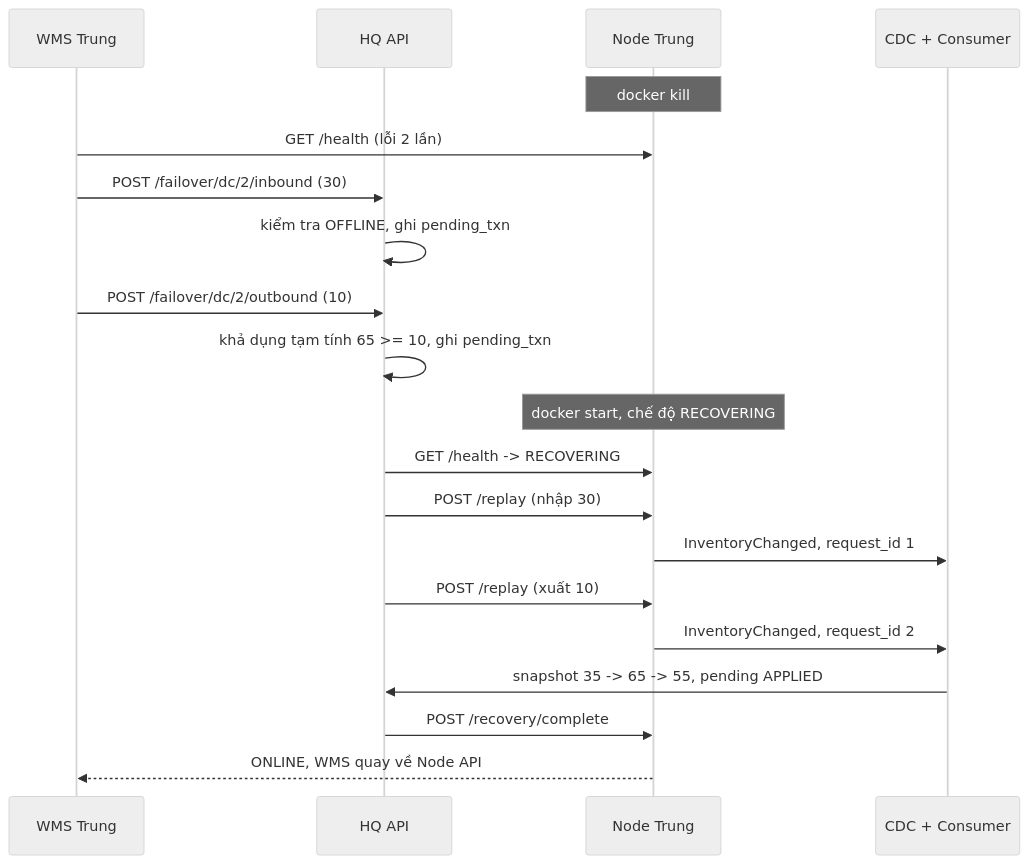
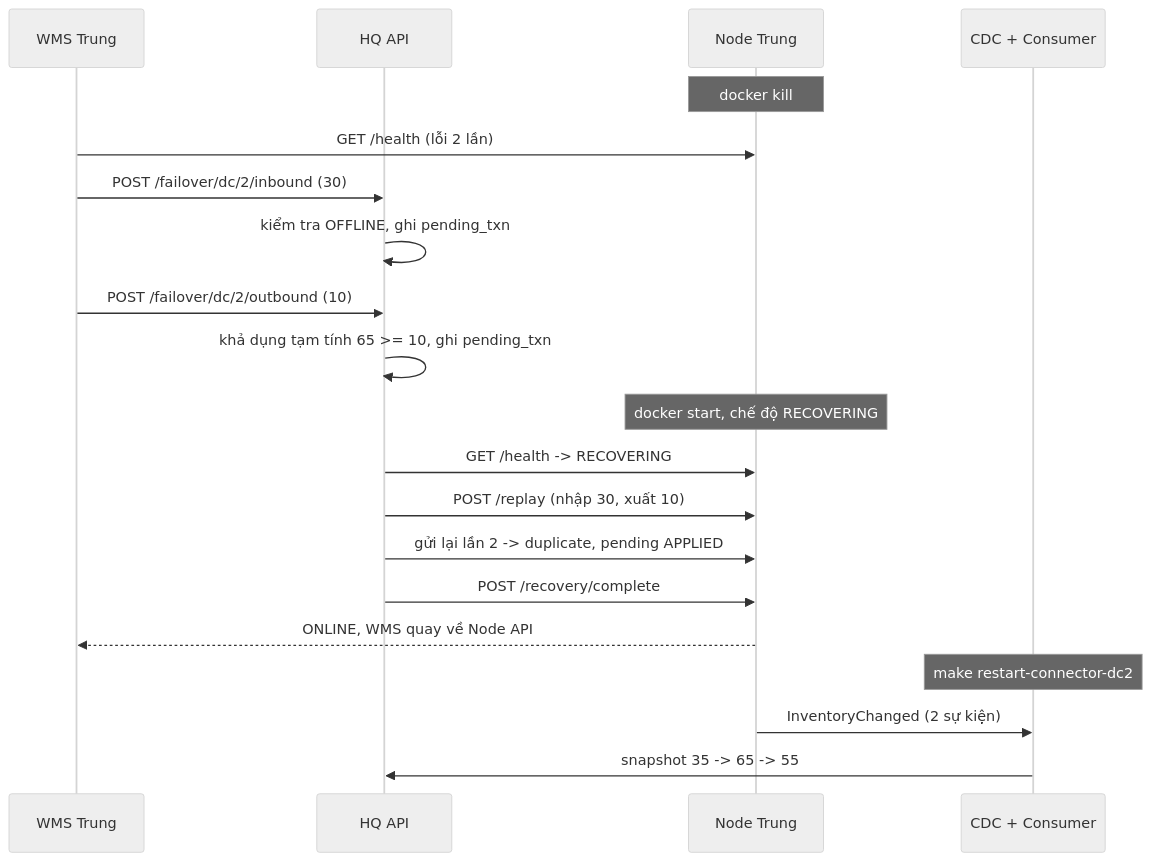
The second of 2 diagrams in docs/hld.md (4ustintr/BTL_Distributed_Application), drawn with Mermaid (neutral theme) before and after one commit. The commit also changed 3 other files, not shown here.

````diff
--- a/docs/hld.md
+++ b/docs/hld.md
@@ -71,22 +71,22 @@
 ```mermaid
 sequenceDiagram
   participant W as WMS Trung
   participant H as HQ API
   participant T as Node Trung
   participant C as CDC + Consumer
   Note over T: docker kill
   W->>T: GET /health (lỗi 2 lần)
   W->>H: POST /failover/dc/2/inbound (30)
   H->>H: kiểm tra OFFLINE, ghi pending_txn
   W->>H: POST /failover/dc/2/outbound (10)
   H->>H: khả dụng tạm tính 65 >= 10, ghi pending_txn
   Note over T: docker start, chế độ RECOVERING
   H->>T: GET /health -> RECOVERING
-  H->>T: POST /replay (nhập 30)
-  T->>C: InventoryChanged, request_id 1
-  H->>T: POST /replay (xuất 10)
-  T->>C: InventoryChanged, request_id 2
-  C->>H: snapshot 35 -> 65 -> 55, pending APPLIED
+  H->>T: POST /replay (nhập 30, xuất 10)
+  H->>T: gửi lại lần 2 -> duplicate, pending APPLIED
   H->>T: POST /recovery/complete
   T-->>W: ONLINE, WMS quay về Node API
+  Note over C: make restart-connector-dc2
+  T->>C: InventoryChanged (2 sự kiện)
+  C->>H: snapshot 35 -> 65 -> 55
 ```
````
